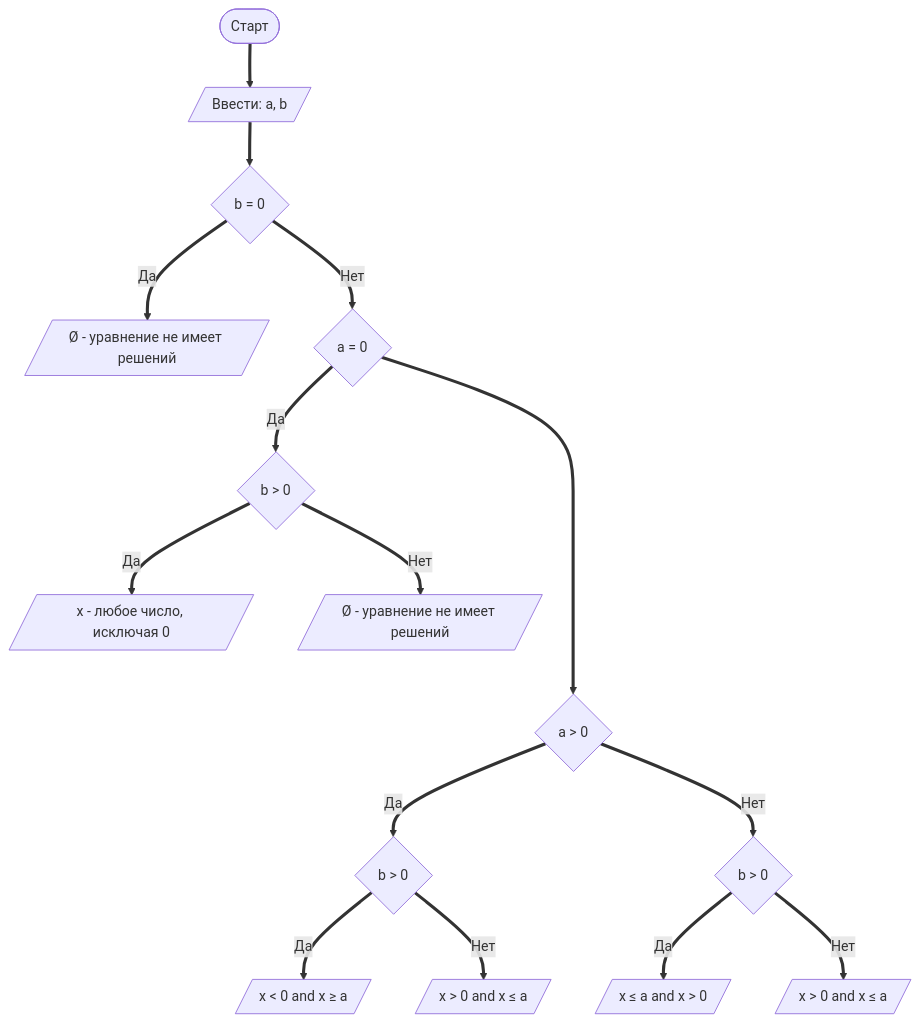
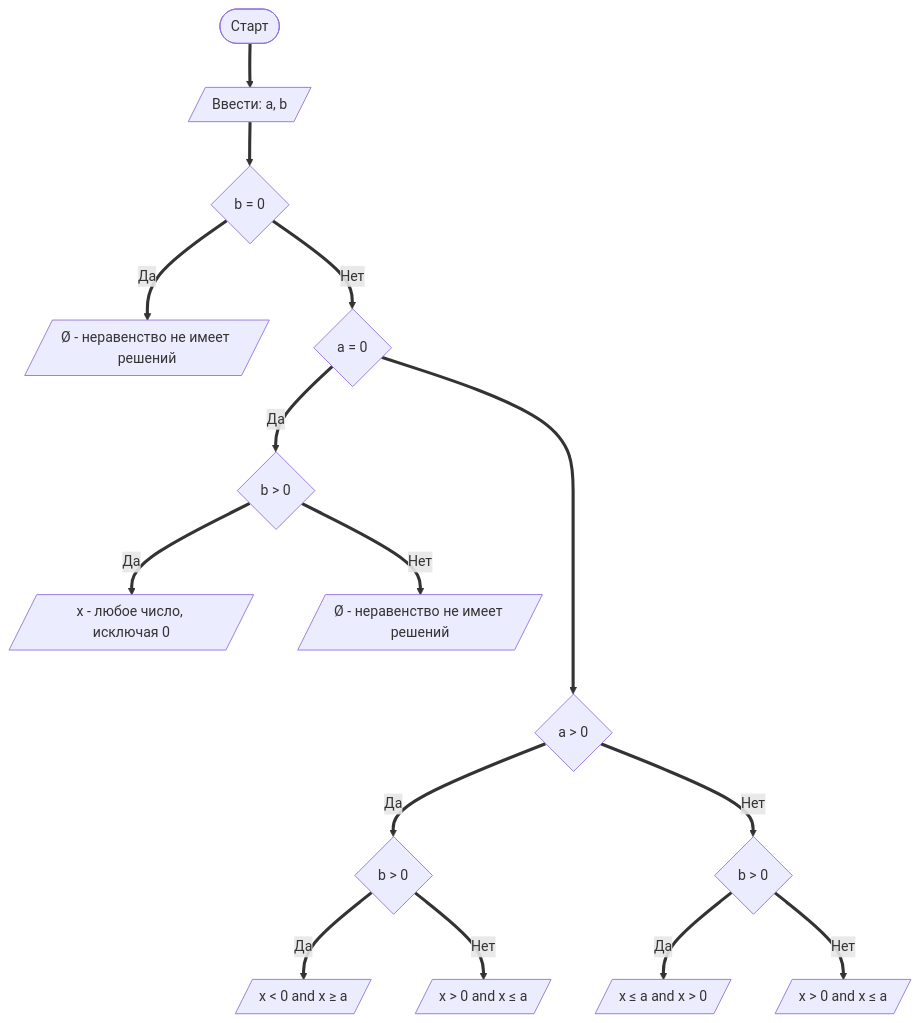
The diagram in README.md (d-abramovsky/Lab_1), drawn with Mermaid before and after one commit. The commit also changed other lines of this file, not shown here.

````diff
--- a/README.md
+++ b/README.md
@@ -49,17 +57,17 @@
 ```mermaid
 flowchart TD;
   node3([Старт]) ==> B[/Ввести: a, b/]
   B ==> C{b = 0}
-  C ==Да==> D[/Ø - уравнение не имеет решений/]
+  C ==Да==> D[/Ø - неравенство не имеет решений/]
   C ==Нет==> E{a = 0}
   E ==Да==> F{b > 0}
   F ==Да==> H[/x - любое число, исключая 0/]
-  F ==Нет==> I[/Ø - уравнение не имеет решений/]
+  F ==Нет==> I[/Ø - неравенство не имеет решений/]
   E ====> G{a > 0}
   G ==Да==> J{b > 0}
   G ==Нет==> K{b > 0}
   J ==Да==> L[/x < 0 and x ≥ a/]
   J ==Нет==> M[/x > 0 and x ≤ a/]
   K ==Да==> N[/x ≤ a and x > 0/]
   K ==Нет==> O[/x > 0 and x ≤ a/]
 ```
````
